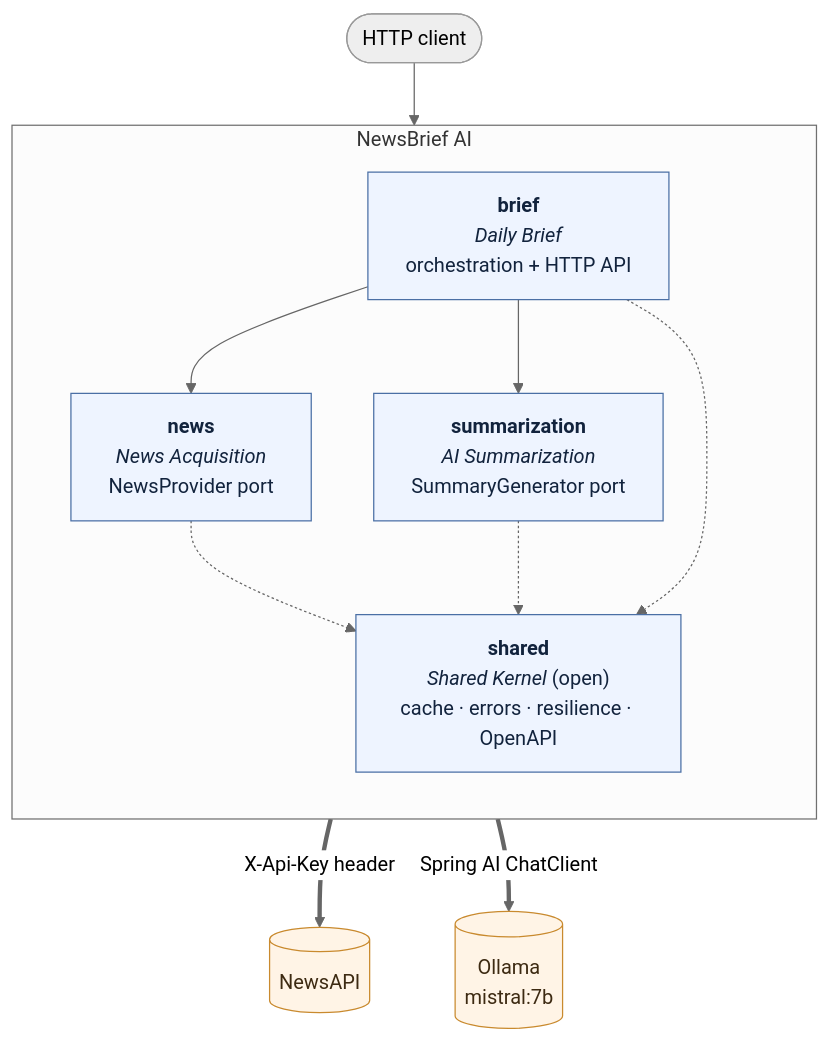
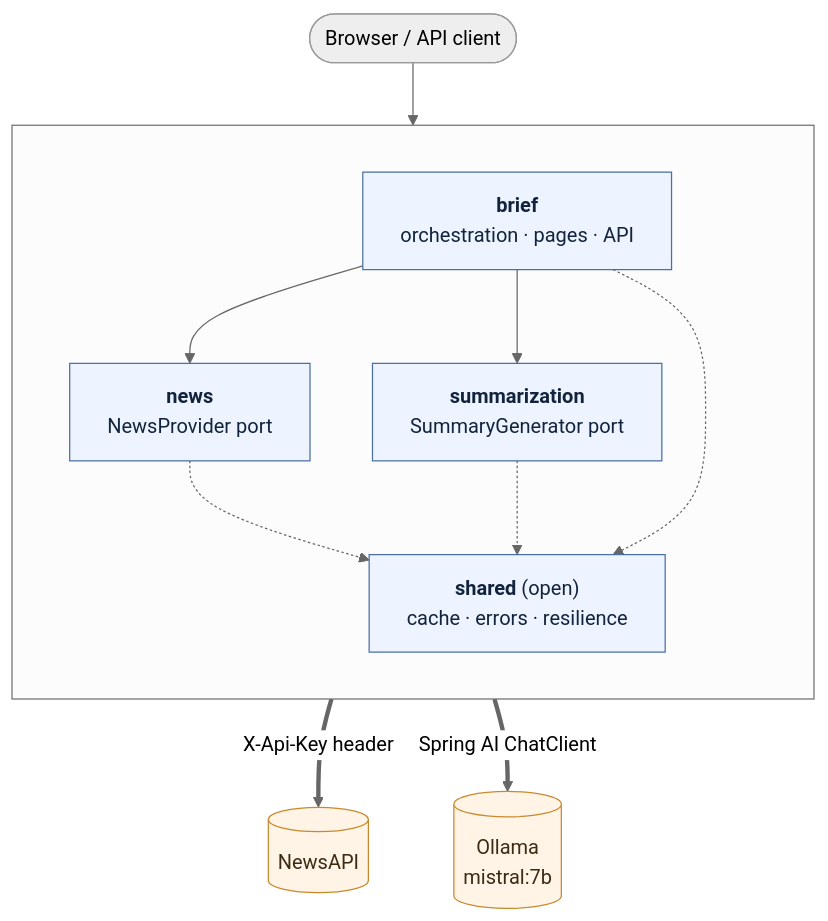
The diagram in README.md (arthurd3/deailynews_ai), drawn with Mermaid (neutral theme) before and after one commit. The commit also changed other lines of this file and 27 other files, not shown here.

````diff
--- a/README.md
+++ b/README.md
@@ -60,25 +148,26 @@
 ```mermaid
 flowchart TB
-    subgraph app["NewsBrief AI"]
+    client(["Browser / API client"]) --> brief
+
+    subgraph app[" "]
         direction TB
-        brief["<b>brief</b><br/><i>Daily Brief</i><br/>orchestration + HTTP API"]
-        news["<b>news</b><br/><i>News Acquisition</i><br/>NewsProvider port"]
-        summ["<b>summarization</b><br/><i>AI Summarization</i><br/>SummaryGenerator port"]
-        shared["<b>shared</b><br/><i>Shared Kernel</i> (open)<br/>cache · errors · resilience · OpenAPI"]
+        brief["<b>brief</b><br/>orchestration · pages · API"]
+        news["<b>news</b><br/>NewsProvider port"]
+        summ["<b>summarization</b><br/>SummaryGenerator port"]
+        shared["<b>shared</b> (open)<br/>cache · errors · resilience"]
     end
 
-    client(["HTTP client"]) --> brief
     brief --> news
     brief --> summ
     news -.-> shared
     summ -.-> shared
     brief -.-> shared
 
-    news ==>|"X-Api-Key header"| newsapi[("NewsAPI")]
-    summ ==>|"Spring AI ChatClient"| ollama[("Ollama<br/>mistral:7b")]
+    news ==>|X-Api-Key header| newsapi[("NewsAPI")]
+    summ ==>|Spring AI ChatClient| ollama[("Ollama<br/>mistral:7b")]
 
-    classDef module fill:#eef4ff,stroke:#4a6fa5,stroke-width:1px,color:#12233d
-    classDef ext fill:#fff4e6,stroke:#c98a2e,stroke-width:1px,color:#3d2a12
-    class brief,news,summ,shared module
-    class newsapi,ollama ext
+    classDef m fill:#eef4ff,stroke:#4a6fa5,color:#12233d
+    classDef e fill:#fff4e6,stroke:#c98a2e,color:#3d2a12
+    class brief,news,summ,shared m
+    class newsapi,ollama e
 ```
````
